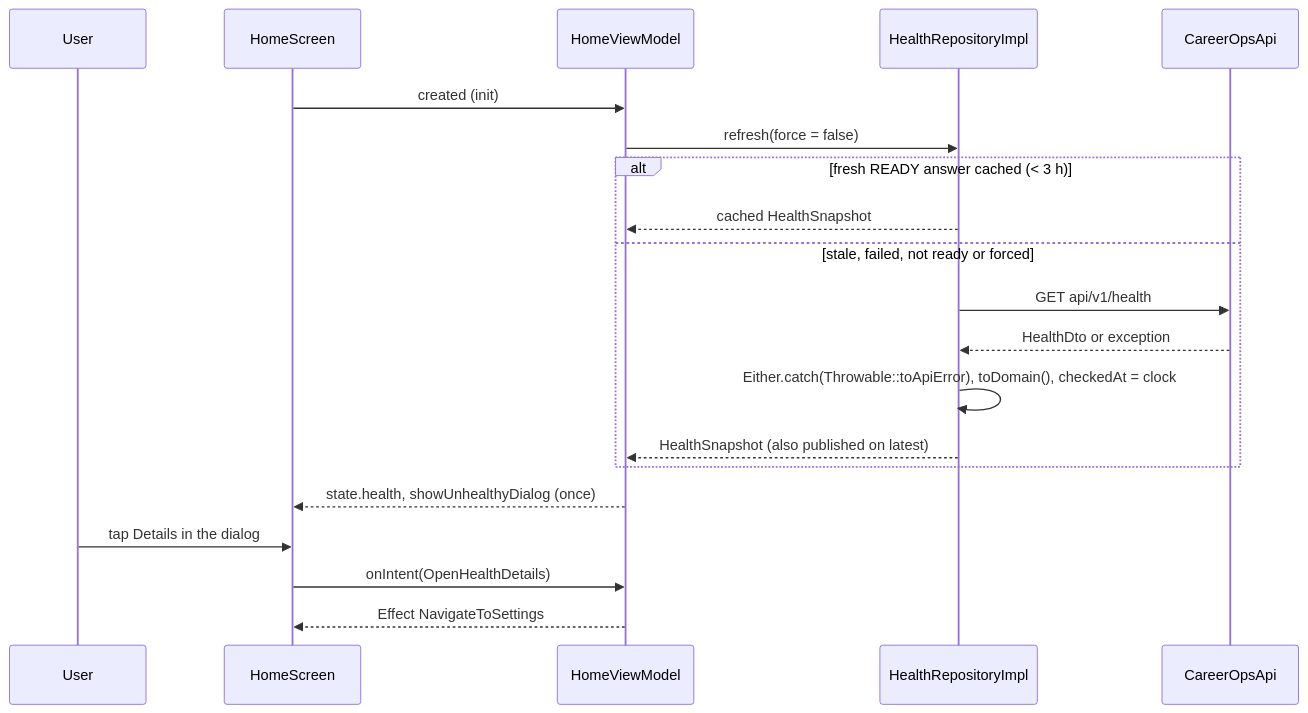
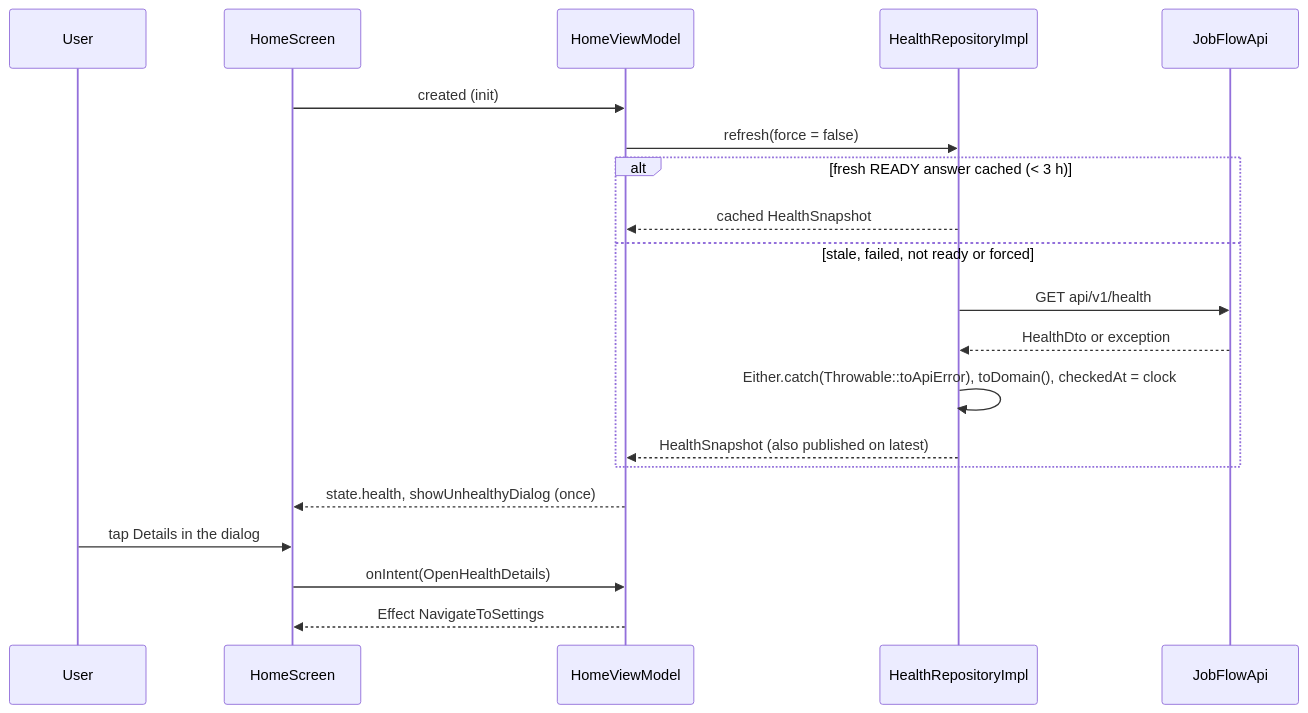
The third of 4 diagrams in android/docs/system-architecture.md (dthuy62/jobflow), drawn with Mermaid before and after one commit. The commit also changed other lines of this file and 58 other files, not shown here.

````diff
--- a/android/docs/system-architecture.md
+++ b/android/docs/system-architecture.md
@@ -54,22 +54,22 @@
 ```mermaid
 sequenceDiagram
     participant U as User
     participant S as HomeScreen
     participant V as HomeViewModel
     participant R as HealthRepositoryImpl
-    participant A as CareerOpsApi
+    participant A as JobFlowApi
     S->>V: created (init)
     V->>R: refresh(force = false)
     alt fresh READY answer cached (< 3 h)
         R-->>V: cached HealthSnapshot
     else stale, failed, not ready or forced
         R->>A: GET api/v1/health
         A-->>R: HealthDto or exception
         R->>R: Either.catch(Throwable::toApiError), toDomain(), checkedAt = clock
         R-->>V: HealthSnapshot (also published on latest)
     end
     V-->>S: state.health, showUnhealthyDialog (once)
     U->>S: tap Details in the dialog
     S->>V: onIntent(OpenHealthDetails)
     V-->>S: Effect NavigateToSettings
 ```
````
